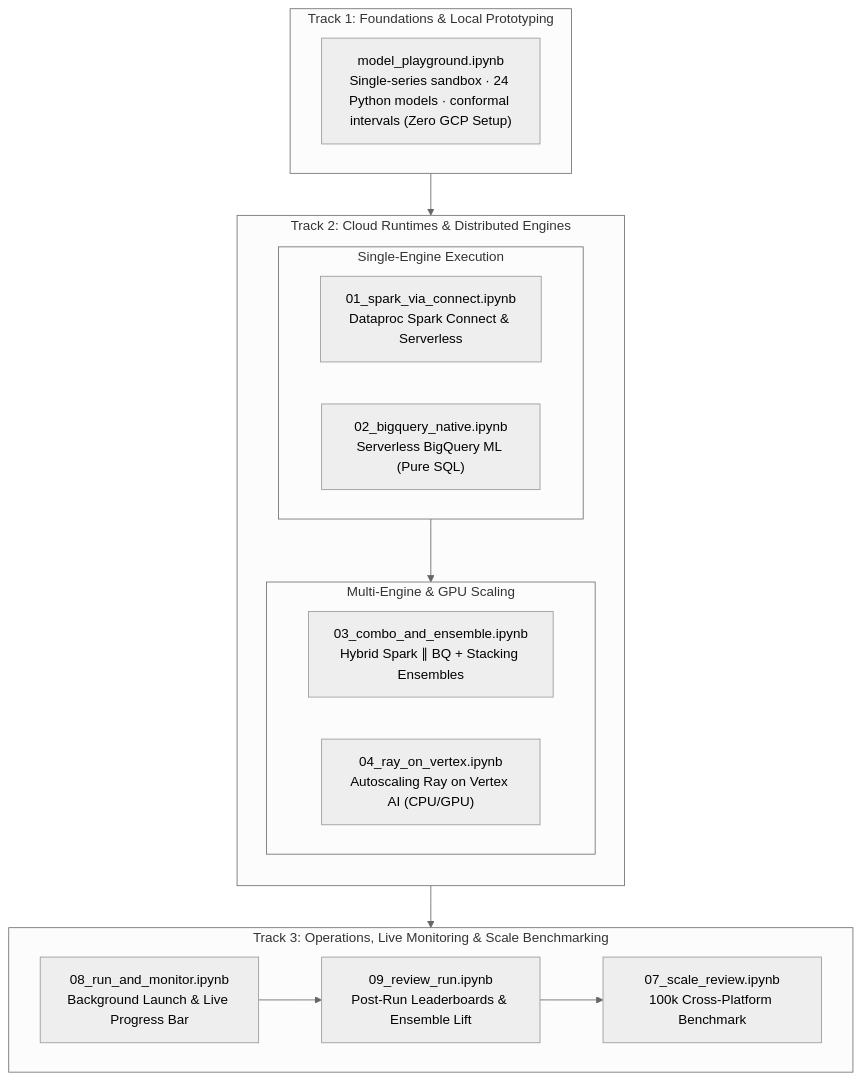
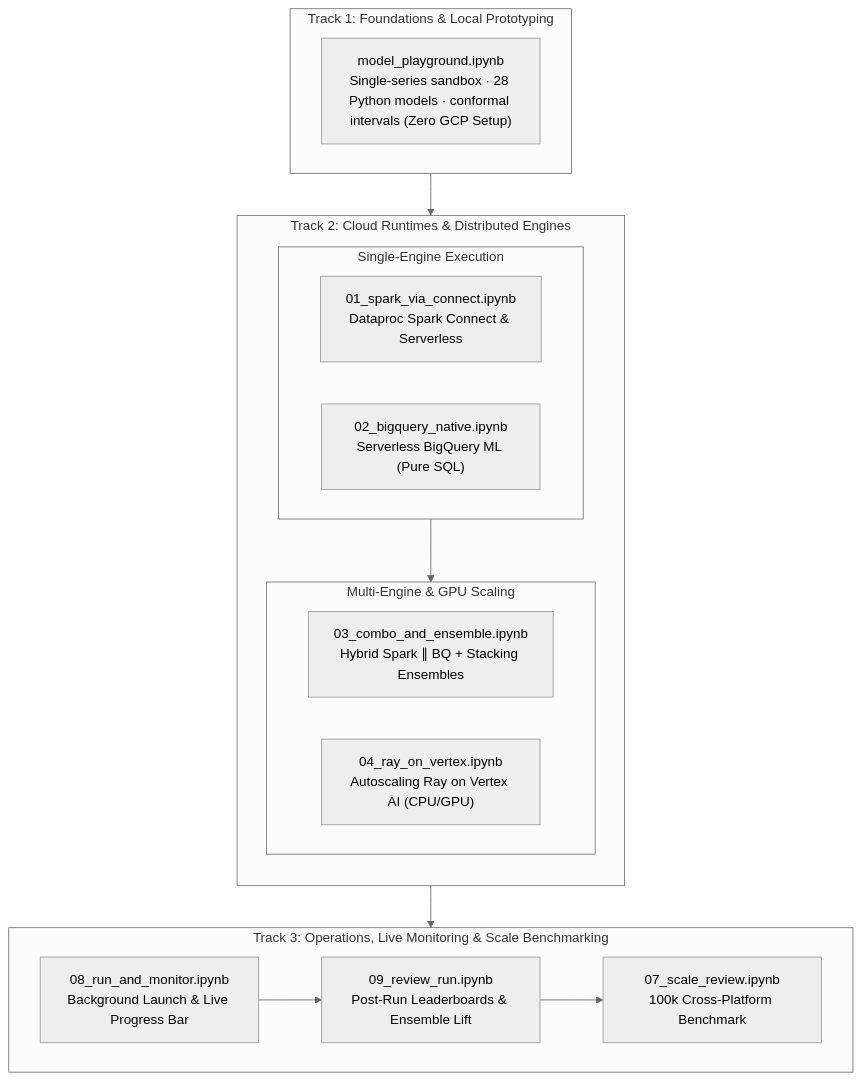
Before and after one commit to statmike/scale-forecasting: the fifth of 6 diagrams in README.md, drawn with Mermaid (neutral theme). The commit also changed other lines of this file and 69 other files, not shown here.

````diff
--- a/README.md
+++ b/README.md
@@ -588,28 +598,28 @@
 ```mermaid
 flowchart TD
     subgraph Track1["Track 1: Foundations & Local Prototyping"]
-        NB0["model_playground.ipynb<br/>Single-series sandbox · 24 Python models · conformal intervals (Zero GCP Setup)"]
+        NB0["model_playground.ipynb<br/>Single-series sandbox · 28 Python models · conformal intervals (Zero GCP Setup)"]
     end
 
     subgraph Track2["Track 2: Cloud Runtimes & Distributed Engines"]
         direction TB
         subgraph Single["Single-Engine Execution"]
             direction LR
             NB1["01_spark_via_connect.ipynb<br/>Dataproc Spark Connect & Serverless"]
             NB2["02_bigquery_native.ipynb<br/>Serverless BigQuery ML (Pure SQL)"]
         end
         subgraph Multi["Multi-Engine & GPU Scaling"]
             direction LR
             NB3["03_combo_and_ensemble.ipynb<br/>Hybrid Spark ∥ BQ + Stacking Ensembles"]
             NB4["04_ray_on_vertex.ipynb<br/>Autoscaling Ray on Vertex AI (CPU/GPU)"]
         end
         Single --> Multi
     end
 
     subgraph Track3["Track 3: Operations, Live Monitoring & Scale Benchmarking"]
         direction LR
         NB8["08_run_and_monitor.ipynb<br/>Background Launch & Live Progress Bar"] --> NB9["09_review_run.ipynb<br/>Post-Run Leaderboards & Ensemble Lift"] --> NB7["07_scale_review.ipynb<br/>100k Cross-Platform Benchmark"]
     end
 
     Track1 --> Track2 --> Track3
 ```
````
